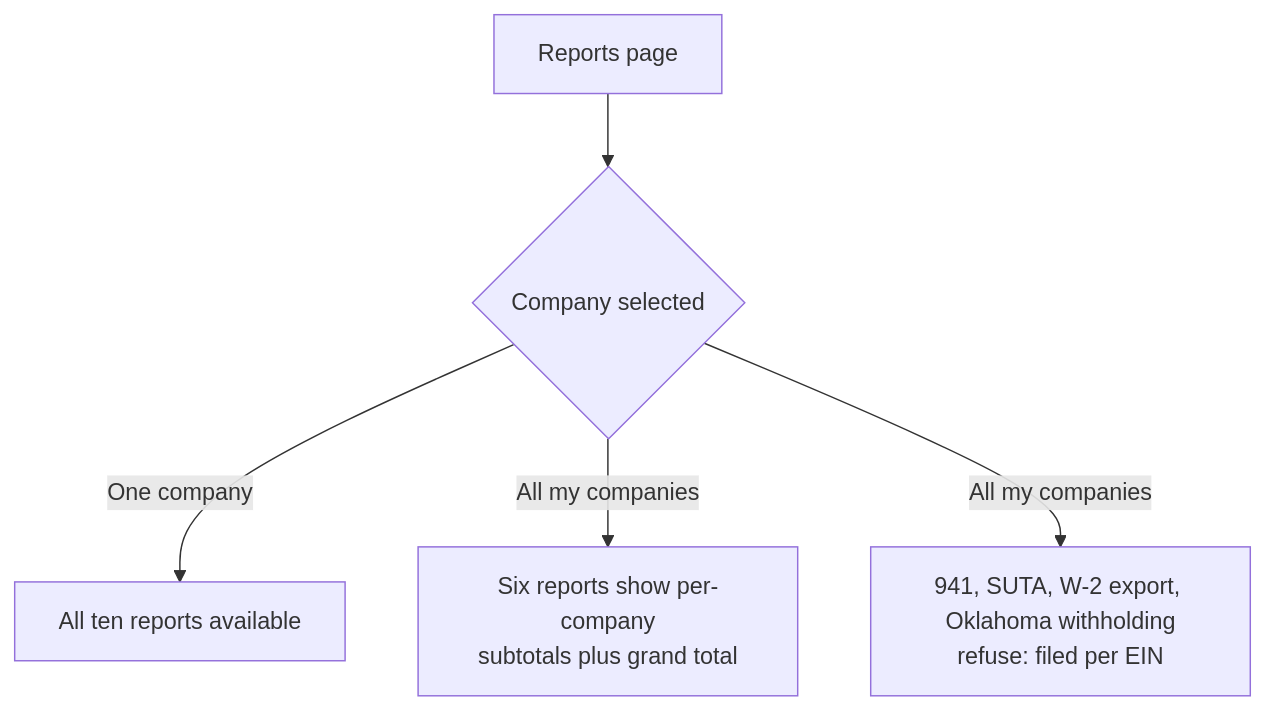
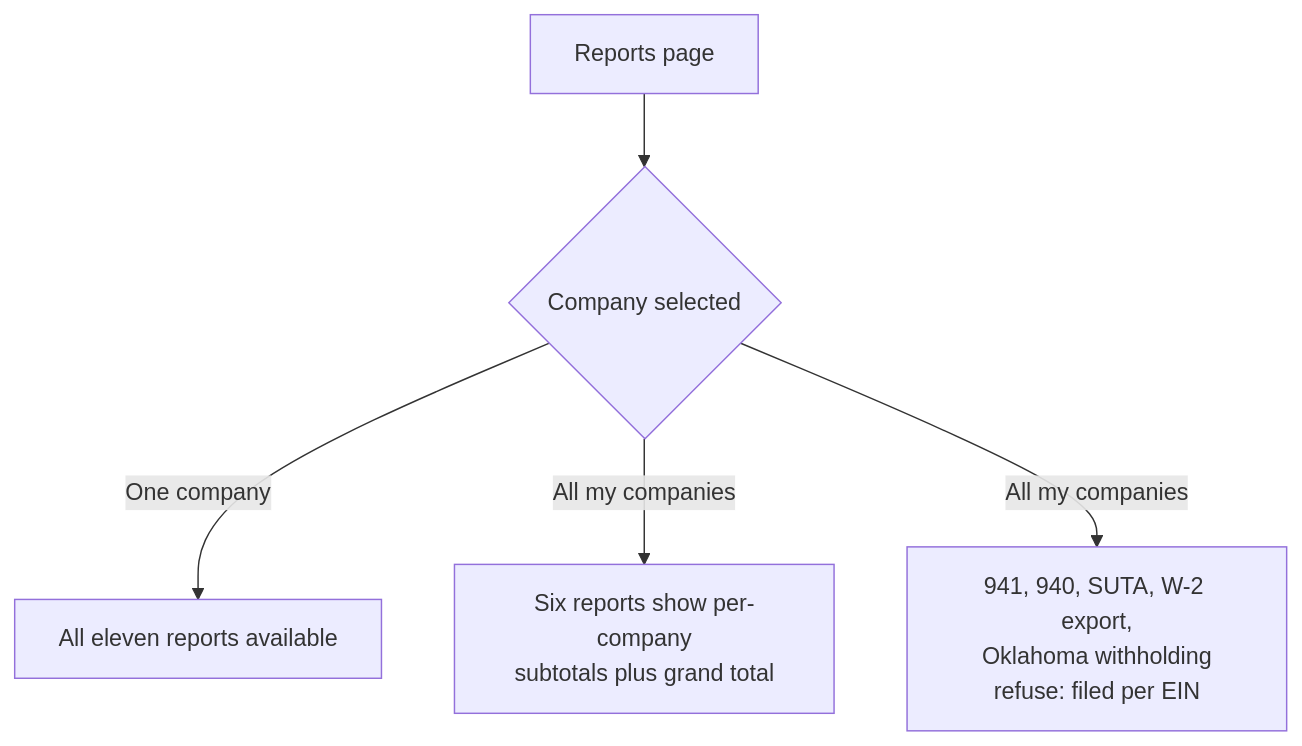
Before and after one commit to khorjak/vibes-payroll: the ninth of 10 diagrams in docs/PROCESS-FLOW.md, drawn with Mermaid. The commit also changed other lines of this file and 9 other files, not shown here.

````diff
--- a/docs/PROCESS-FLOW.md
+++ b/docs/PROCESS-FLOW.md
@@ -206,7 +206,7 @@
 ```mermaid
 flowchart TD
     R[Reports page] --> SC{Company selected}
-    SC -->|One company| ALL[All ten reports available]
+    SC -->|One company| ALL[All eleven reports available]
     SC -->|All my companies| SIX[Six reports show per-company<br/>subtotals plus grand total]
-    SC -->|All my companies| BLOCK[941, SUTA, W-2 export, Oklahoma withholding<br/>refuse: filed per EIN]
+    SC -->|All my companies| BLOCK[941, 940, SUTA, W-2 export,<br/>Oklahoma withholding<br/>refuse: filed per EIN]
 ```
````
